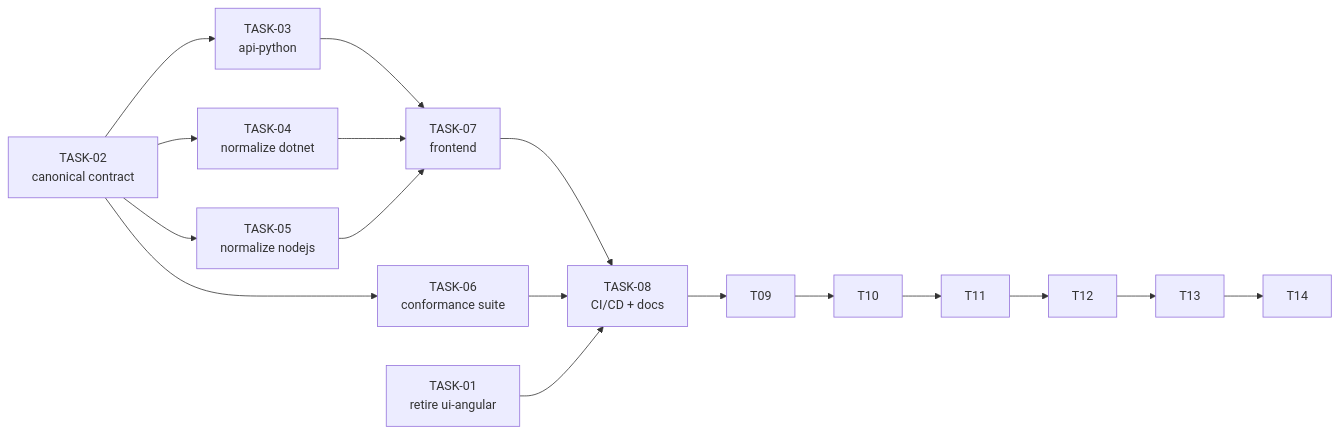
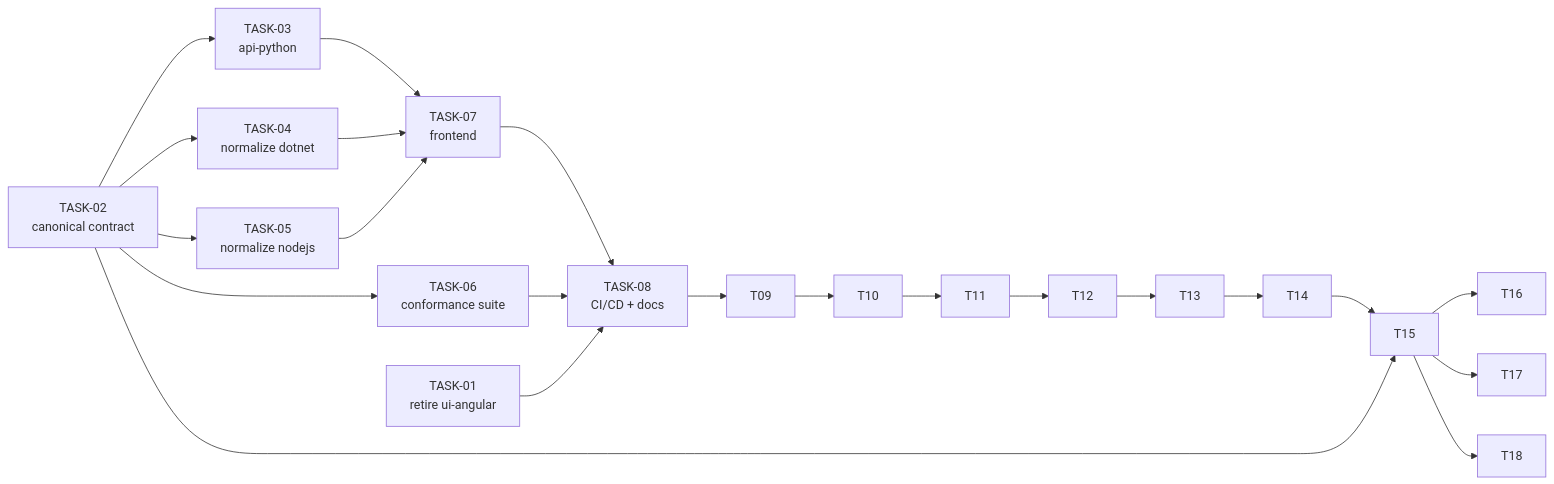
Before and after one commit to RegExTester/regex-tester: the diagram in docs/tasks/README.md, drawn with Mermaid. The commit also changed other lines of this file and 65 other files, not shown here.

````diff
--- a/docs/tasks/README.md
+++ b/docs/tasks/README.md
@@ -24,21 +32,26 @@
 ```mermaid
 graph LR
   T01[TASK-01<br/>retire ui-angular]
   T02[TASK-02<br/>canonical contract]
   T03[TASK-03<br/>api-python]
   T04[TASK-04<br/>normalize dotnet]
   T05[TASK-05<br/>normalize nodejs]
   T06[TASK-06<br/>conformance suite]
   T07[TASK-07<br/>frontend]
   T08[TASK-08<br/>CI/CD + docs]
 
   T02 --> T03 --> T07
   T02 --> T04 --> T07
   T02 --> T05 --> T07
   T02 --> T06
   T07 --> T08
   T06 --> T08
   T01 --> T08
   T08 --> T09 --> T10
   T10 --> T11 --> T12 --> T13 --> T14
+  T14 --> T15
+  T02 --> T15
+  T15 --> T16
+  T15 --> T17
+  T15 --> T18
 ```
````
